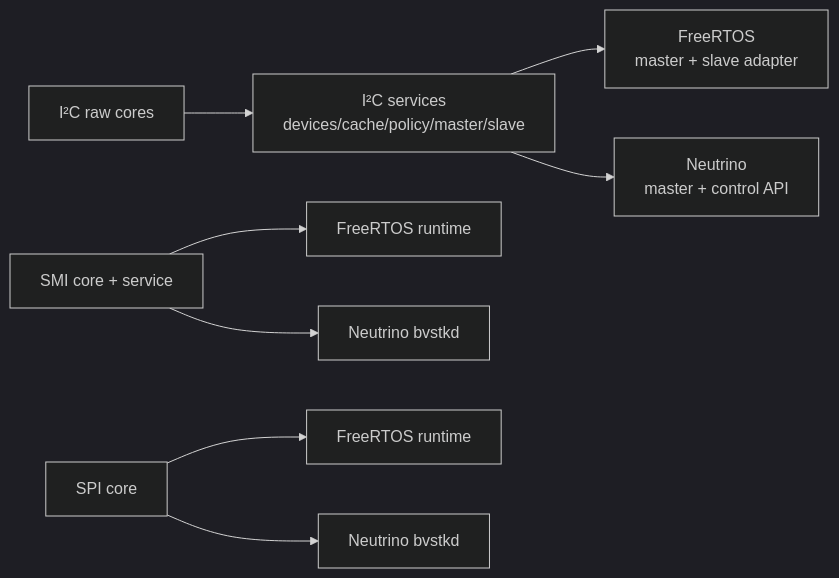
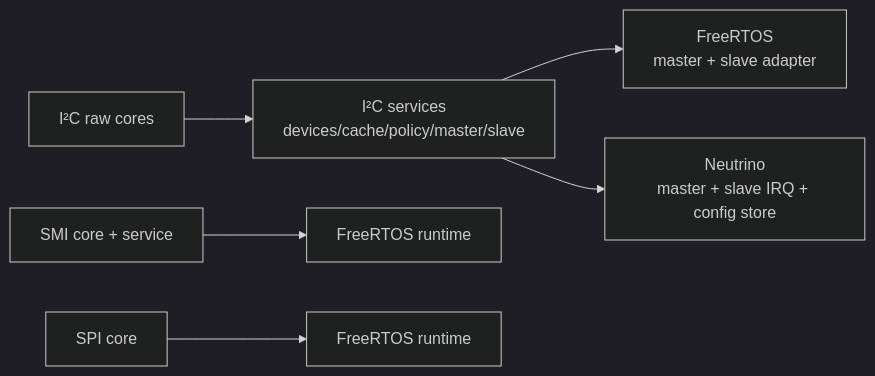
Before and after one commit to igtrefilov/bvstk: the second of 3 diagrams in docs/dev/multi-os.md, drawn with Mermaid (dark theme). The commit also changed other lines of this file and 46 other files, not shown here.

````diff
--- a/docs/dev/multi-os.md
+++ b/docs/dev/multi-os.md
@@ -48,10 +48,8 @@
 ```mermaid
 flowchart LR
     I2C["I²C raw cores"] --> IS["I²C services\ndevices/cache/policy/master/slave"]
     IS --> FR["FreeRTOS\nmaster + slave adapter"]
-    IS --> NT["Neutrino\nmaster + control API"]
+    IS --> NT["Neutrino\nmaster + slave IRQ + config store"]
     SMI["SMI core + service"] --> FRSMI["FreeRTOS runtime"]
-    SMI --> NTSMI["Neutrino bvstkd"]
     SPI["SPI core"] --> FRSPI["FreeRTOS runtime"]
-    SPI --> NTSPI["Neutrino bvstkd"]
 ```
````
